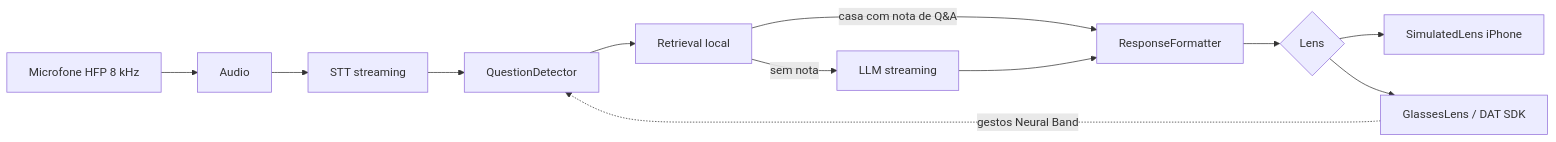
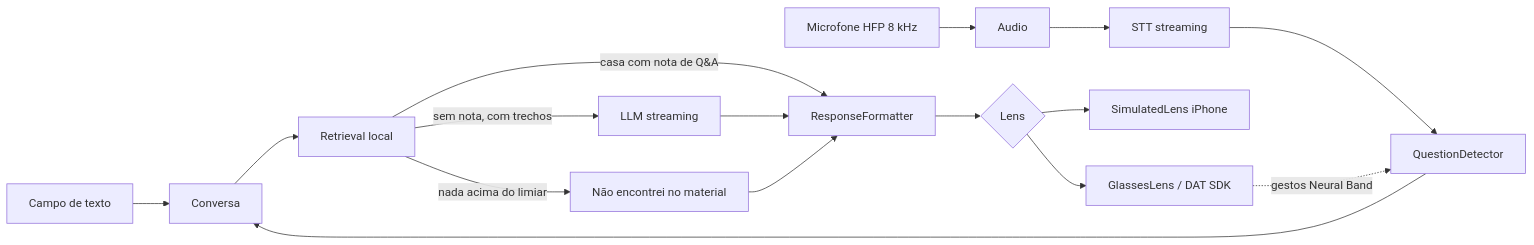
One commit to LucasStop/teleprompter-meta changed the diagram in docs/ARCHITECTURE.md. Above: the diagram before and after it, drawn with Mermaid. The commit also changed other lines of this file and 8 other files, not shown here.

First line of the commit message:
docs(design): turn session screen into chat grounded on inserted material

````diff
--- a/docs/ARCHITECTURE.md
+++ b/docs/ARCHITECTURE.md
@@ -34,11 +35,14 @@
 ```mermaid
 flowchart LR
-  MIC[Microfone HFP 8 kHz] --> AUD[Audio] --> STT[STT streaming] --> DET[QuestionDetector]
-  DET --> RET[Retrieval local]
+  TXT[Campo de texto] --> CHAT[Conversa]
+  MIC[Microfone HFP 8 kHz] --> AUD[Audio] --> STT[STT streaming] --> DET[QuestionDetector] --> CHAT
+  CHAT --> RET
+  RET[Retrieval local]
   RET -->|casa com nota de Q&A| FMT[ResponseFormatter]
-  RET -->|sem nota| LLM[LLM streaming] --> FMT
+  RET -->|sem nota, com trechos| LLM[LLM streaming] --> FMT
+  RET -->|nada acima do limiar| NF[Não encontrei no material] --> FMT
   FMT --> LENS{Lens}
   LENS --> SIM[SimulatedLens iPhone]
   LENS --> GL[GlassesLens / DAT SDK]
   GL -.gestos Neural Band.-> DET
 ```
````
